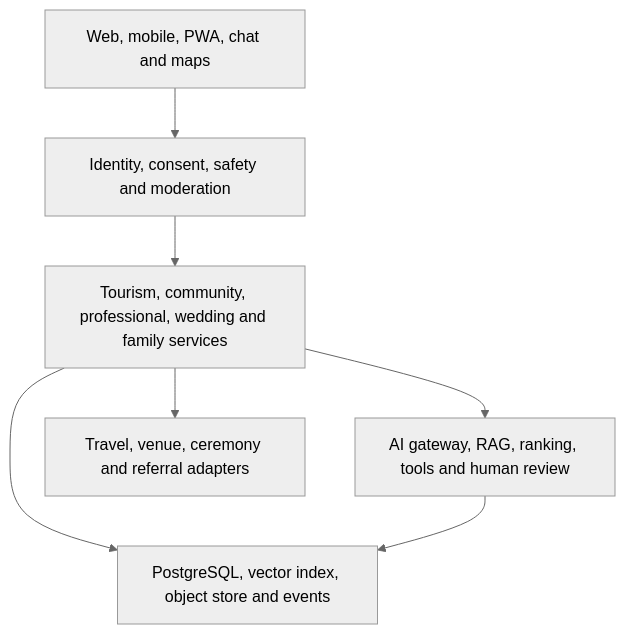
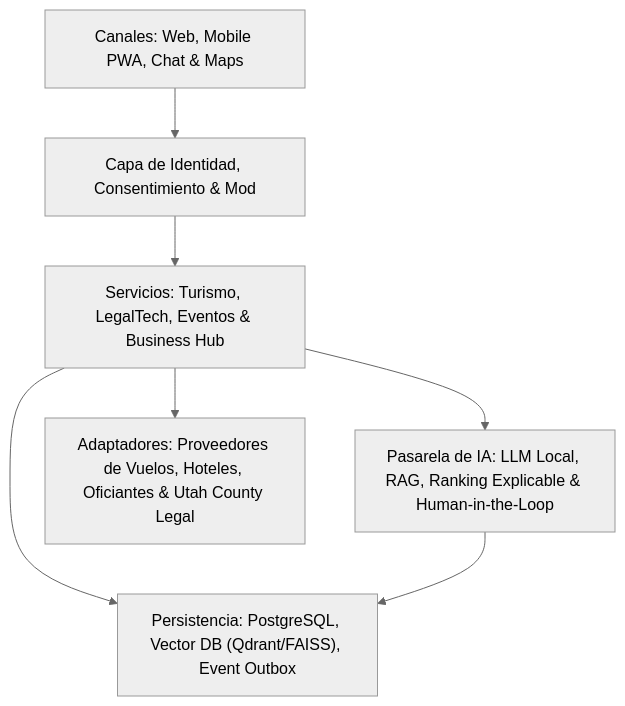
One commit to robotics-intelligent-systems/jfxai4mad changed the diagram in README.md. Above: the diagram before and after it, drawn with Mermaid (neutral theme). The commit also changed other lines of this file, not shown here.

Commit message:
docs(readme): restructure proposal for LegalTech, destination tourism, and the collaborative economy

`````diff
--- a/README.md
+++ b/README.md
@@ -108,9 +75,9 @@
 ```mermaid
 flowchart TB
-    U["Web, mobile, PWA, chat and maps"] --> I["Identity, consent, safety and moderation"]
-    I --> S["Tourism, community, professional, wedding and family services"]
-    S --> A["AI gateway, RAG, ranking, tools and human review"]
-    S --> P["Travel, venue, ceremony and referral adapters"]
-    S --> D["PostgreSQL, vector index, object store and events"]
+    U["Canales: Web, Mobile PWA, Chat & Maps"] --> I["Capa de Identidad, Consentimiento & Mod"]
+    I --> S["Servicios: Turismo, LegalTech, Eventos & Business Hub"]
+    S --> A["Pasarela de IA: LLM Local, RAG, Ranking Explicable & Human-in-the-Loop"]
+    S --> P["Adaptadores: Proveedores de Vuelos, Hoteles, Oficiantes & Utah County Legal"]
+    S --> D["Persistencia: PostgreSQL, Vector DB (Qdrant/FAISS), Event Outbox"]
     A --> D
-```
+````
`````
